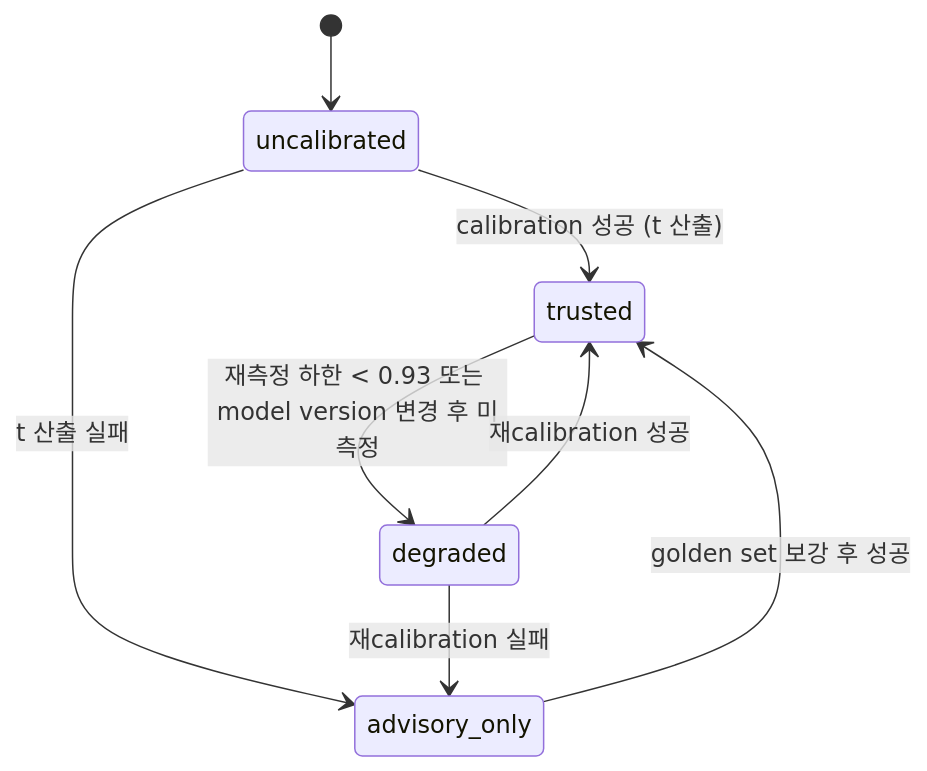
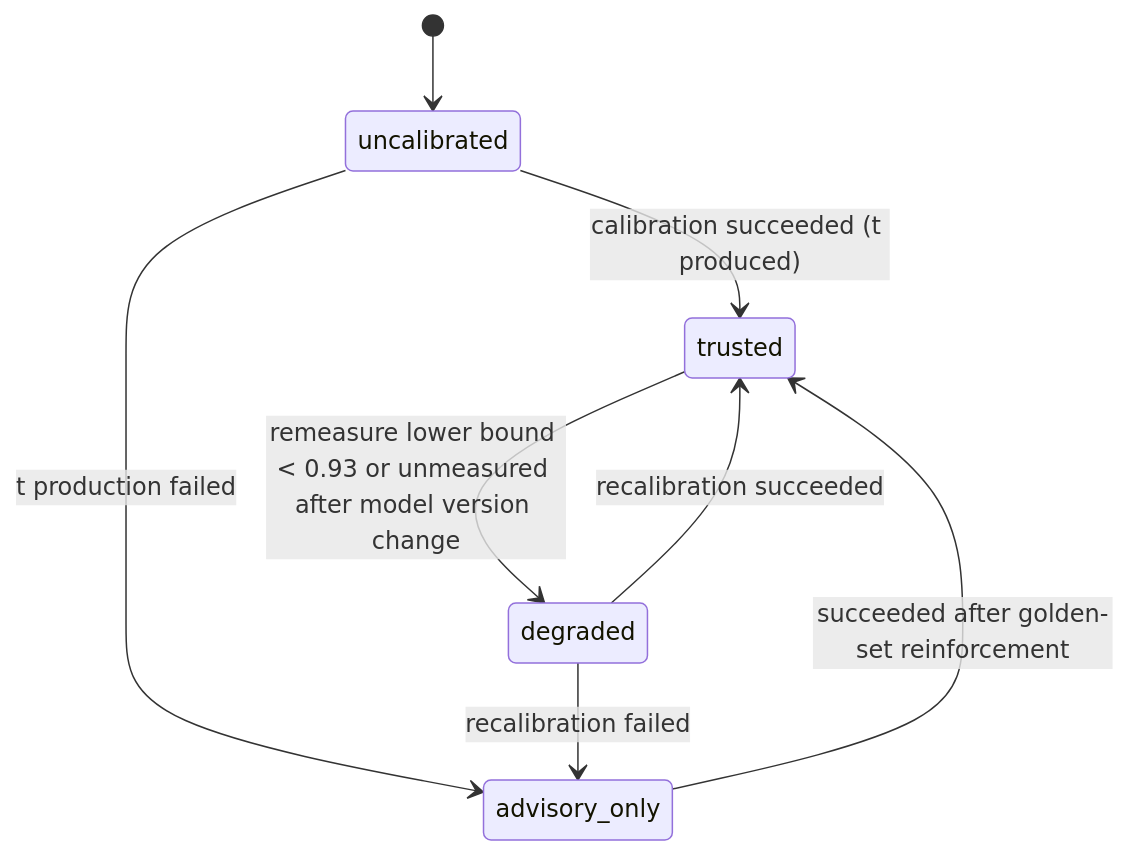
One commit to hsskey/authority-diff changed the second of 6 diagrams in docs/design.md. Above: the diagram before and after it, drawn with Mermaid. The commit also changed other lines of this file and 35 other files, not shown here.

````diff
--- a/docs/design.md
+++ b/docs/design.md
@@ -895,10 +896,10 @@
 ```mermaid
 stateDiagram-v2
     [*] --> uncalibrated
-    uncalibrated --> trusted: calibration 성공 (t 산출)
-    uncalibrated --> advisory_only: t 산출 실패
-    trusted --> degraded: 재측정 하한 < 0.93 또는 model version 변경 후 미측정
-    degraded --> trusted: 재calibration 성공
-    degraded --> advisory_only: 재calibration 실패
-    advisory_only --> trusted: golden set 보강 후 성공
+    uncalibrated --> trusted: calibration succeeded (t produced)
+    uncalibrated --> advisory_only: t production failed
+    trusted --> degraded: remeasure lower bound < 0.93 or unmeasured after model version change
+    degraded --> trusted: recalibration succeeded
+    degraded --> advisory_only: recalibration failed
+    advisory_only --> trusted: succeeded after golden-set reinforcement
 ```
````
